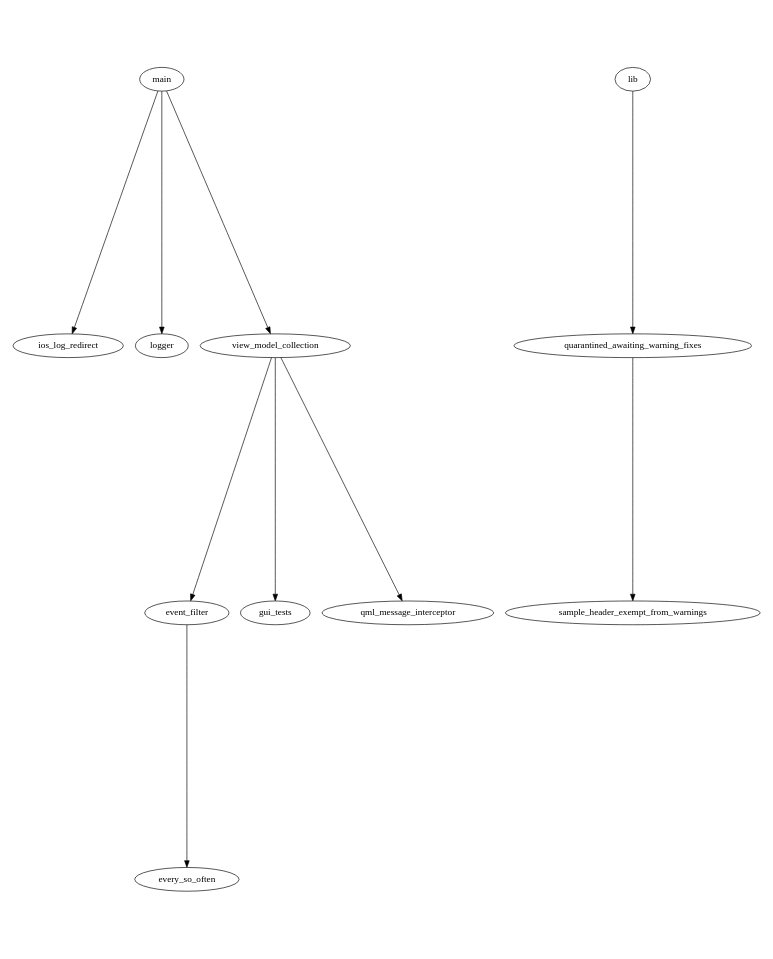
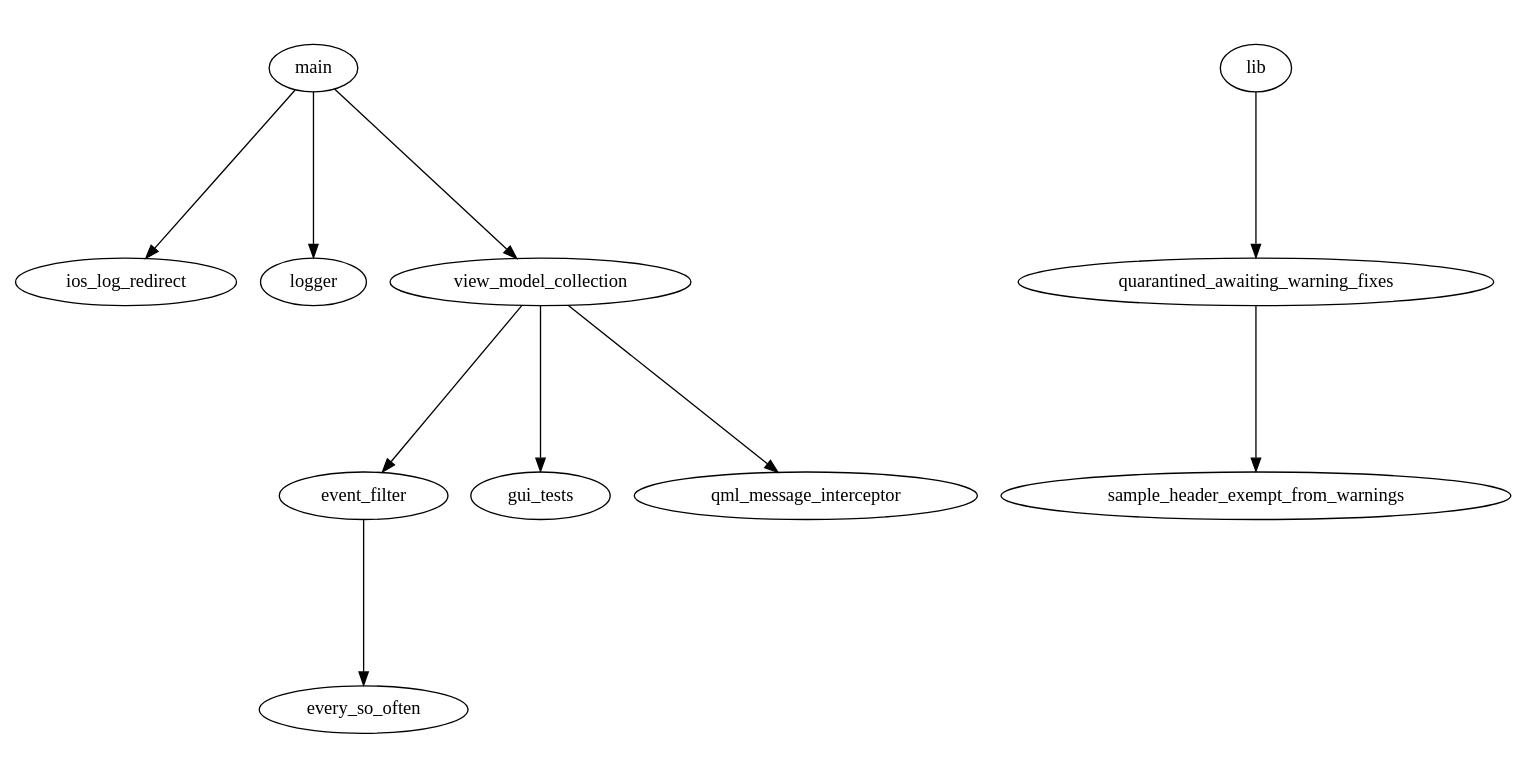
Before and after one commit to 219-design/qt-qml-project-template-with-ci: the diagram in sw_arch_doc/all_src.dot, drawn with Graphviz. The commit also changed 1 other file, not shown here.

```diff
--- a/sw_arch_doc/all_src.dot
+++ b/sw_arch_doc/all_src.dot
@@ -1,17 +1,16 @@
 digraph "source tree" {
     overlap=scale;
-    size="8,10";
-    ratio="fill";
+    ratio=0.5;
     fontsize="16";
     fontname="Helvetica";
 	clusterrank="local";
 	"event_filter" -> "every_so_often"
 	"lib" -> "quarantined_awaiting_warning_fixes"
 	"main" -> "ios_log_redirect"
 	"main" -> "logger"
 	"main" -> "view_model_collection"
 	"quarantined_awaiting_warning_fixes" -> "sample_header_exempt_from_warnings"
 	"view_model_collection" -> "event_filter"
 	"view_model_collection" -> "gui_tests"
 	"view_model_collection" -> "qml_message_interceptor"
 }
```
